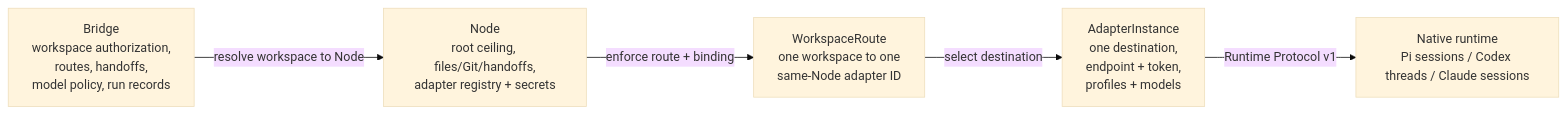
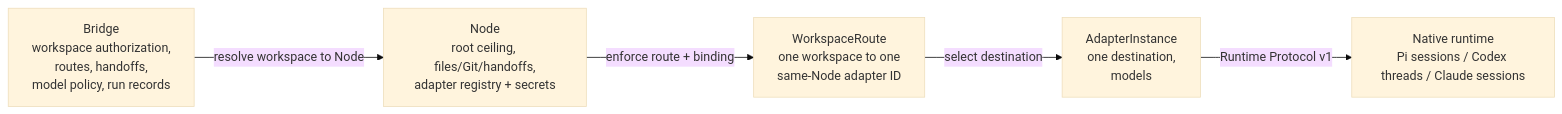
The second of 5 diagrams in docs/ARCHITECTURE.md (sheldonxxxx/workspace-bridge), drawn with Mermaid (base theme) before and after one commit. The commit also changed other lines of this file and 70 other files, not shown here.

````diff
--- a/docs/ARCHITECTURE.md
+++ b/docs/ARCHITECTURE.md
@@ -109,12 +109,12 @@
 ```mermaid
 flowchart LR
     Bridge["Bridge<br/>workspace authorization,<br/>routes, handoffs,<br/>model policy, run records"]
     Node["Node<br/>root ceiling, files/Git/handoffs,<br/>adapter registry + secrets"]
     Route["WorkspaceRoute<br/>one workspace to one<br/>same-Node adapter ID"]
-    Adapter["AdapterInstance<br/>one destination,<br/>endpoint + token,<br/>profiles + models"]
+    Adapter["AdapterInstance<br/>one destination,<br/>models"]
     Native["Native runtime<br/>Pi sessions / Codex threads / Claude sessions"]
     Bridge -->|"resolve workspace to Node"| Node
     Node -->|"enforce route + binding"| Route
     Route -->|"select destination"| Adapter
     Adapter -->|"Runtime Protocol v1"| Native
 ```
````
